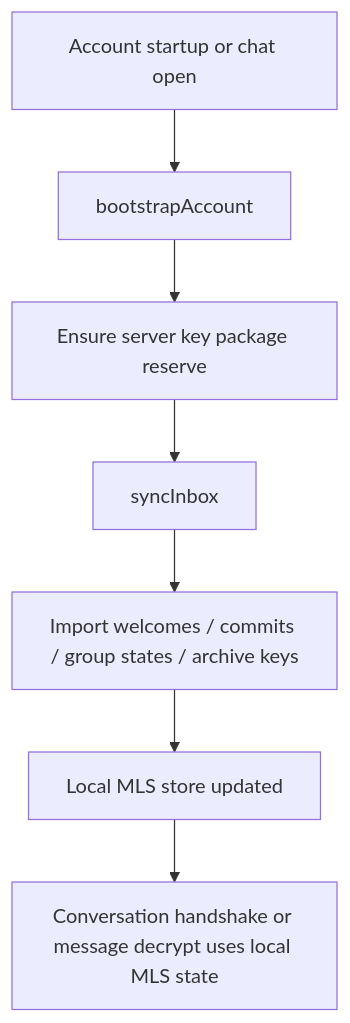
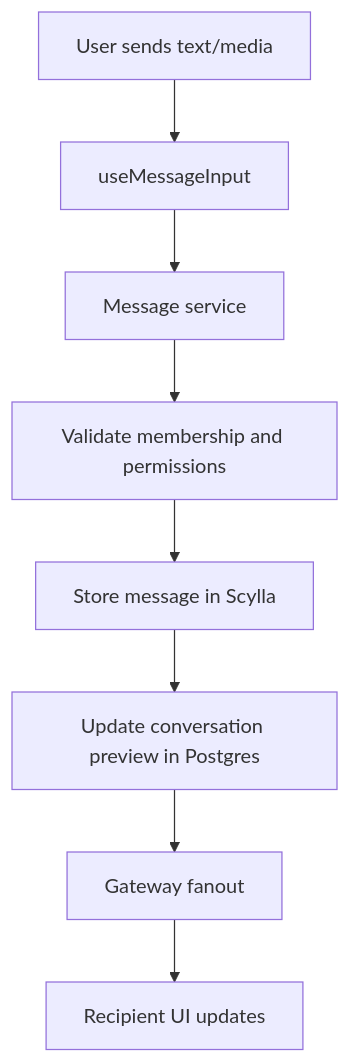
One commit to voidjack233/VOIDCHATS-NOTE2EE changed the sixth of 9 diagrams in VOID0000-www/docs/project-flow-map.md. Above: the diagram before and after it, drawn with Mermaid. The commit also changed other lines of this file and 497 other files, not shown here.

````diff
--- a/VOID0000-www/docs/project-flow-map.md
+++ b/VOID0000-www/docs/project-flow-map.md
@@ -299,9 +182,10 @@
 ```mermaid
 flowchart TD
-  A[Account startup or chat open] --> B[bootstrapAccount]
-  B --> C[Ensure server key package reserve]
-  C --> D[syncInbox]
-  D --> E[Import welcomes / commits / group states / archive keys]
-  E --> F[Local MLS store updated]
-  F --> G[Conversation handshake or message decrypt uses local MLS state]
+  A[User sends text/media] --> B[useMessageInput]
+  B --> C[Message service]
+  C --> D[Validate membership and permissions]
+  D --> E[Store message in Scylla]
+  E --> F[Update conversation preview in Postgres]
+  F --> G[Gateway fanout]
+  G --> H[Recipient UI updates]
 ```
````
